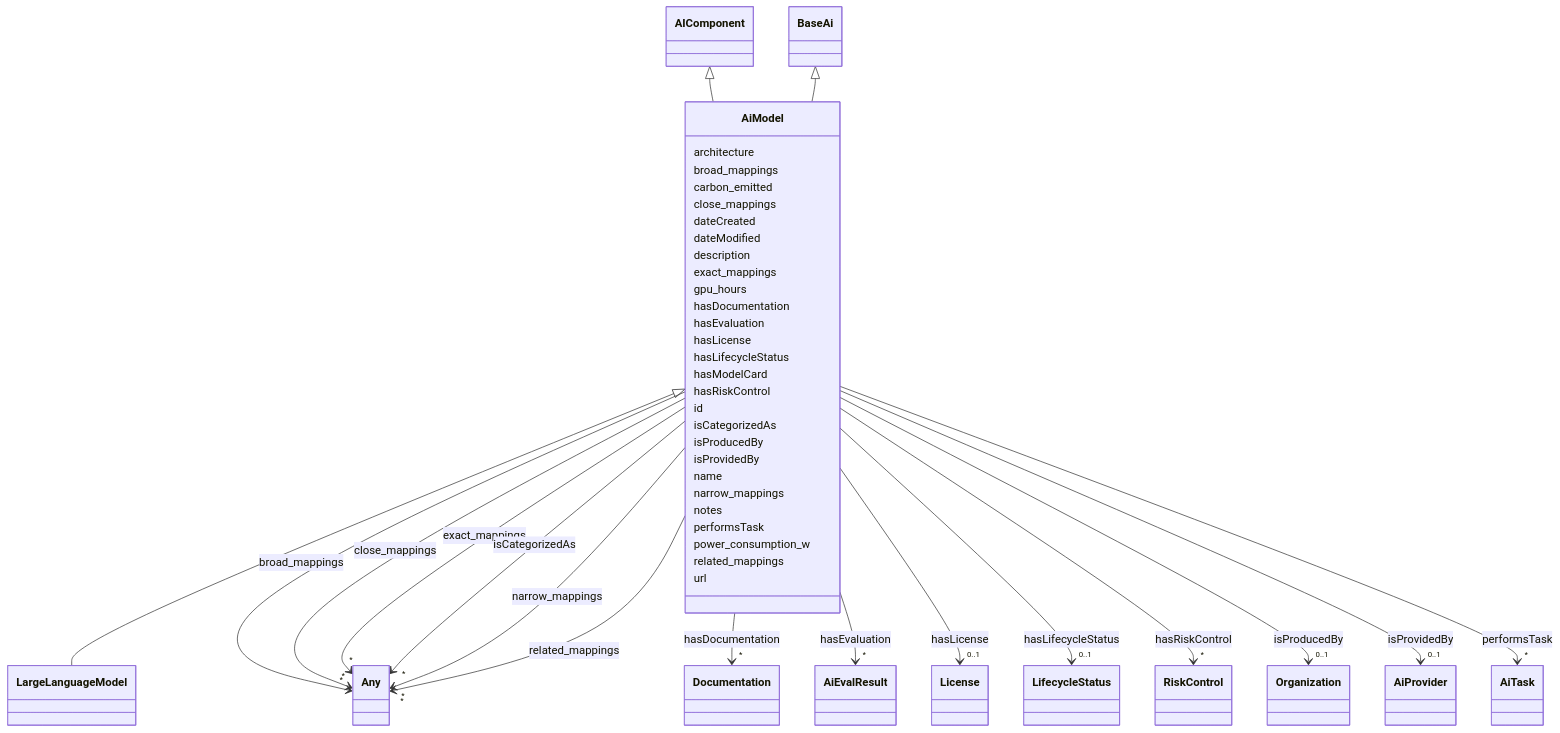
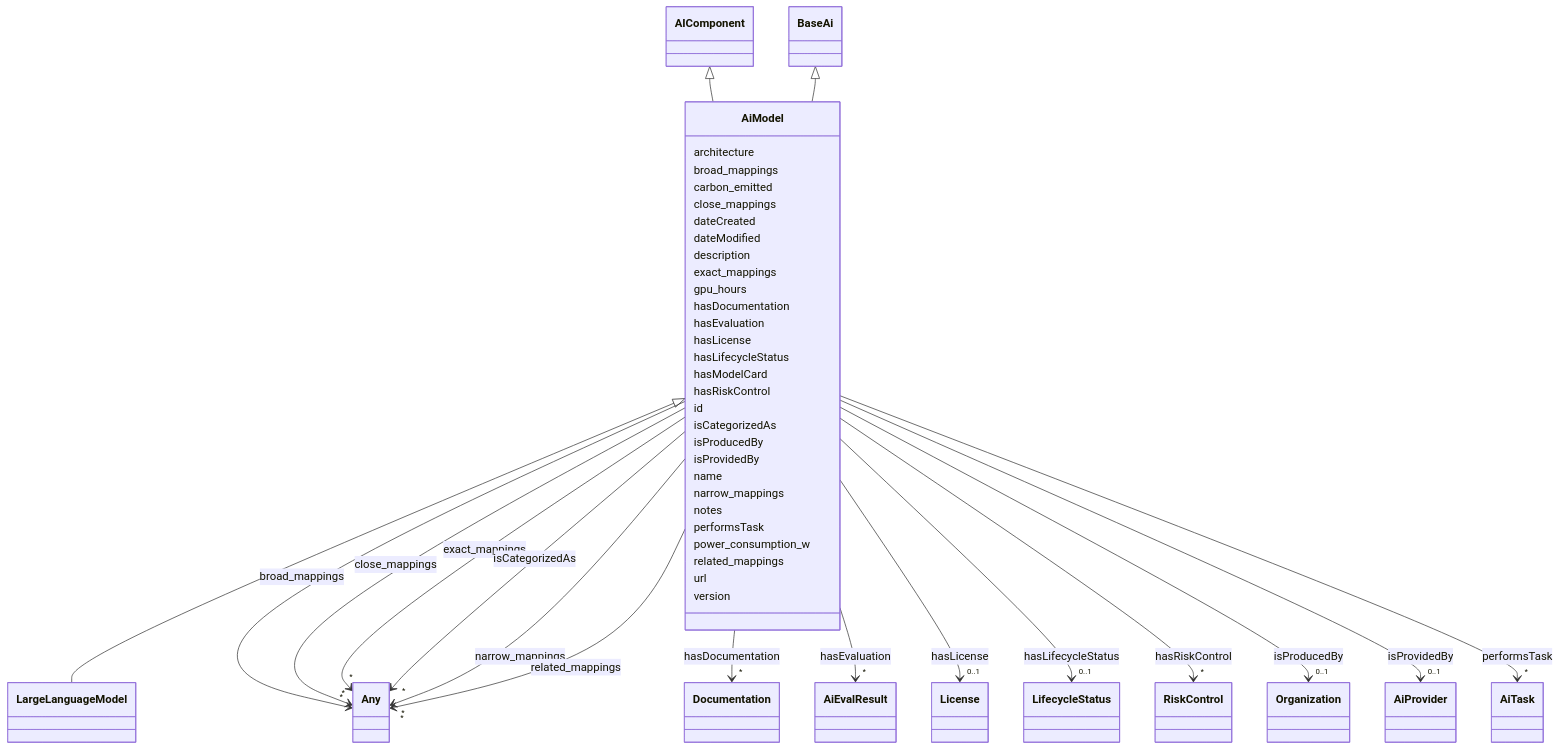
The diagram in docs/ontology/AiModel.md (IBM/ai-atlas-nexus), drawn with Mermaid before and after one commit. The commit also changed other lines of this file and 101 other files, not shown here.

````diff
--- a/docs/ontology/AiModel.md
+++ b/docs/ontology/AiModel.md
@@ -203,5 +203,7 @@
 
       AiModel : url
 
+      AiModel : version
+
 
 ```
````
